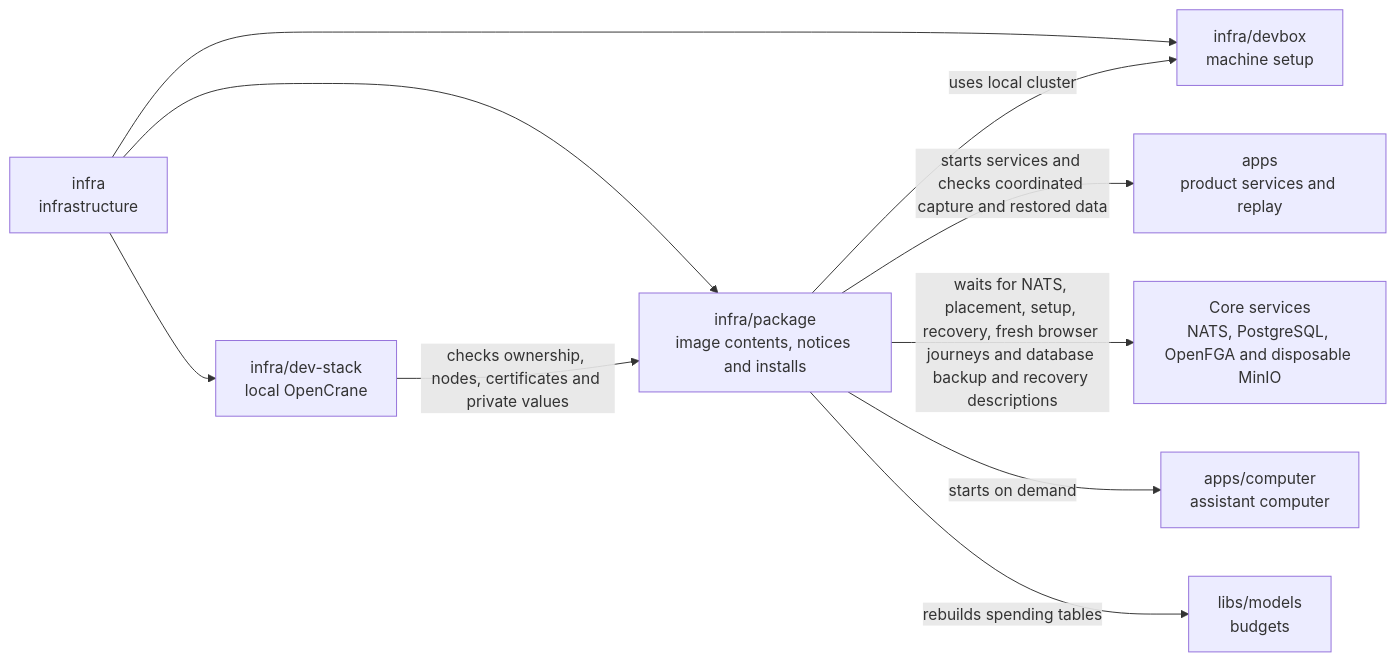
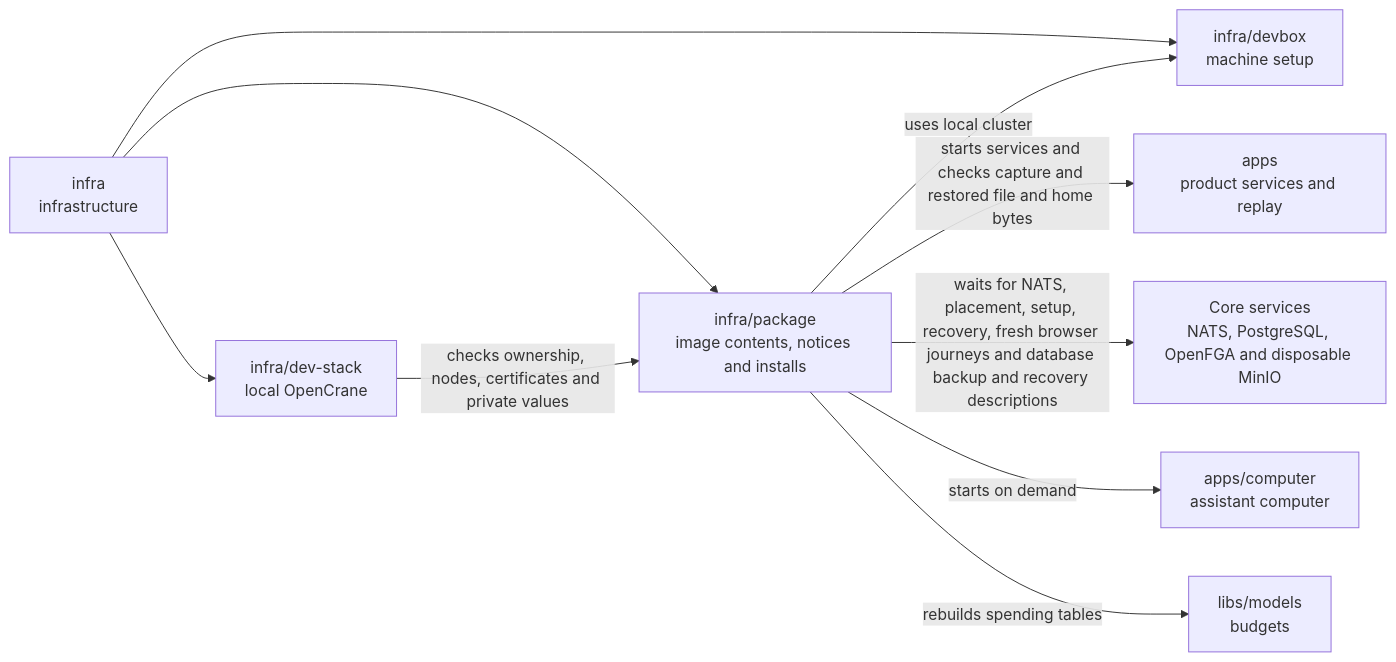
Before and after one commit to elewa-git/opencrane-new: the diagram in infra/package/README.md, drawn with Mermaid. The commit also changed other lines of this file and 7 other files, not shown here.

First line of the commit message:
💾 Upgrade recovery can restore authenticated home data into a disposable target, refusing tampered or escaping backups (#811)

````diff
--- a/infra/package/README.md
+++ b/infra/package/README.md
@@ -19,12 +19,12 @@
 ```mermaid
 flowchart LR
   infra["infra<br/>infrastructure"] --> package["infra/package<br/>image contents, notices and installs"]
   infra --> stack["infra/dev-stack<br/>local OpenCrane"]
   infra --> devbox["infra/devbox<br/>machine setup"]
   stack -->|checks ownership, nodes, certificates and private values| package
   package -->|uses local cluster| devbox
-  package -->|starts services and checks coordinated capture and restored data| apps["apps<br/>product services and replay"]
+  package -->|starts services and checks capture and restored file and home bytes| apps["apps<br/>product services and replay"]
   package -->|waits for NATS, placement, setup, recovery, fresh browser journeys and database backup and recovery descriptions| services["Core services<br/>NATS, PostgreSQL, OpenFGA and disposable MinIO"]
   package -->|starts on demand| computer["apps/computer<br/>assistant computer"]
   package -->|rebuilds spending tables| models["libs/models<br/>budgets"]
 ```
````
